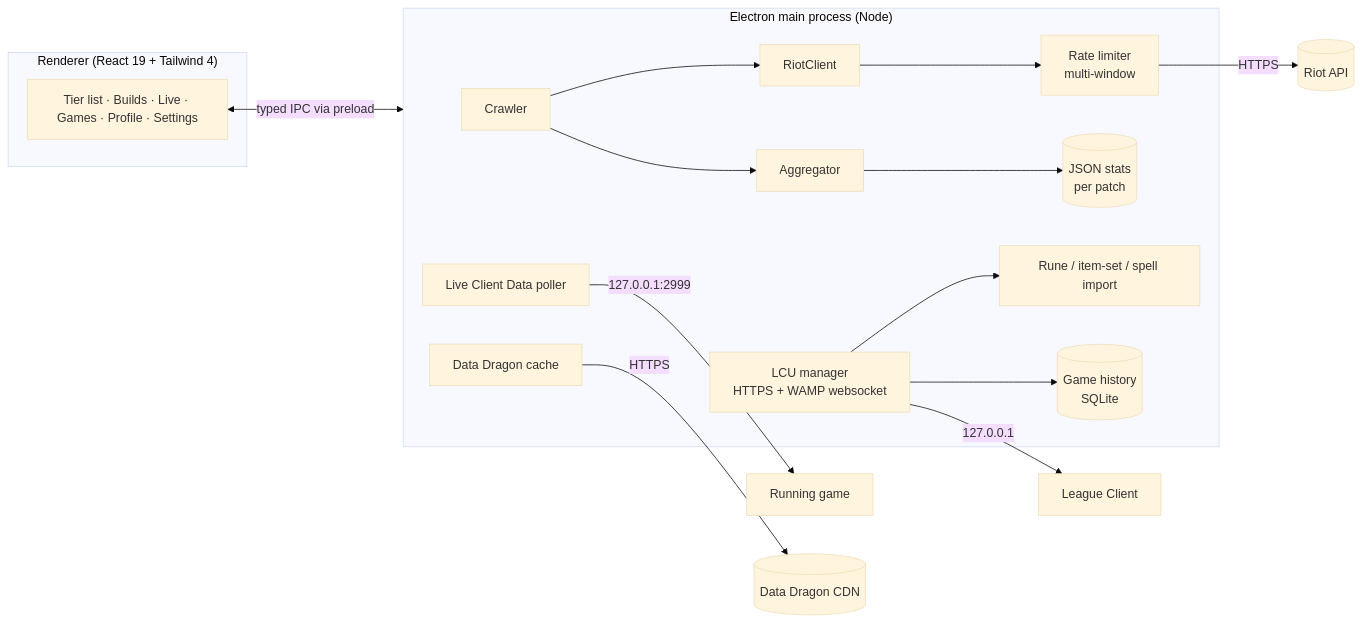
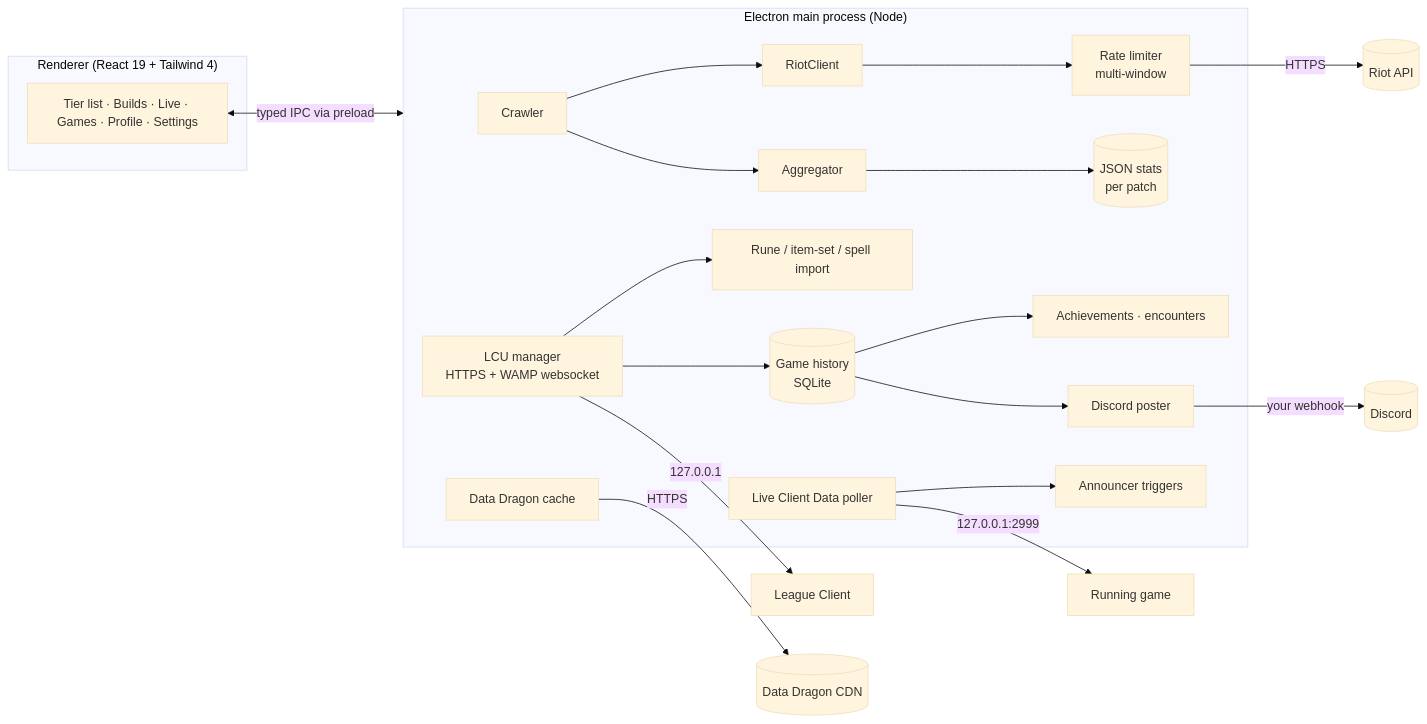
The diagram in README.md (ratioAI/ratiLoLAI), drawn with Mermaid (base theme) before and after one commit. The commit also changed other lines of this file and 8 other files, not shown here.

````diff
--- a/README.md
+++ b/README.md
@@ -111,20 +124,24 @@
 ```mermaid
 flowchart LR
   subgraph Main["Electron main process (Node)"]
     Crawler --> RiotClient
     RiotClient --> RL[Rate limiter<br/>multi-window]
     Crawler --> Agg[Aggregator] --> Store[(JSON stats<br/>per patch)]
     LCU[LCU manager<br/>HTTPS + WAMP websocket] --> Import[Rune / item-set / spell import]
     Live[Live Client Data poller]
     LCU --> Games[(Game history<br/>SQLite)]
+    Games --> Ach[Achievements · encounters]
+    Games --> Discord[Discord poster]
+    Live --> Announcer[Announcer triggers]
     DD[Data Dragon cache]
   end
   subgraph Renderer["Renderer (React 19 + Tailwind 4)"]
     UI[Tier list · Builds · Live · Games · Profile · Settings]
   end
   RL -->|HTTPS| Riot[(Riot API)]
   LCU -->|127.0.0.1| Client[League Client]
   Live -->|127.0.0.1:2999| Game[Running game]
   DD -->|HTTPS| DDragon[(Data Dragon CDN)]
+  Discord -->|your webhook| DiscordAPI[(Discord)]
   UI <-->|typed IPC via preload| Main
 ```
````
